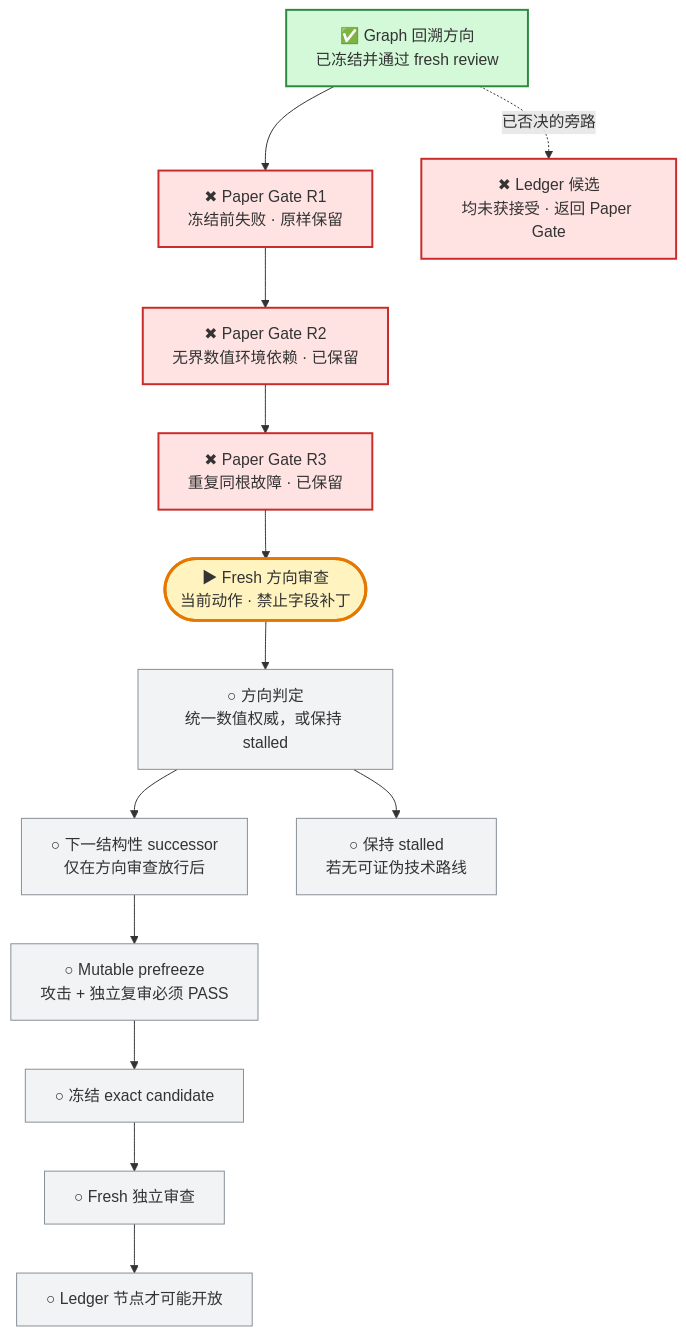
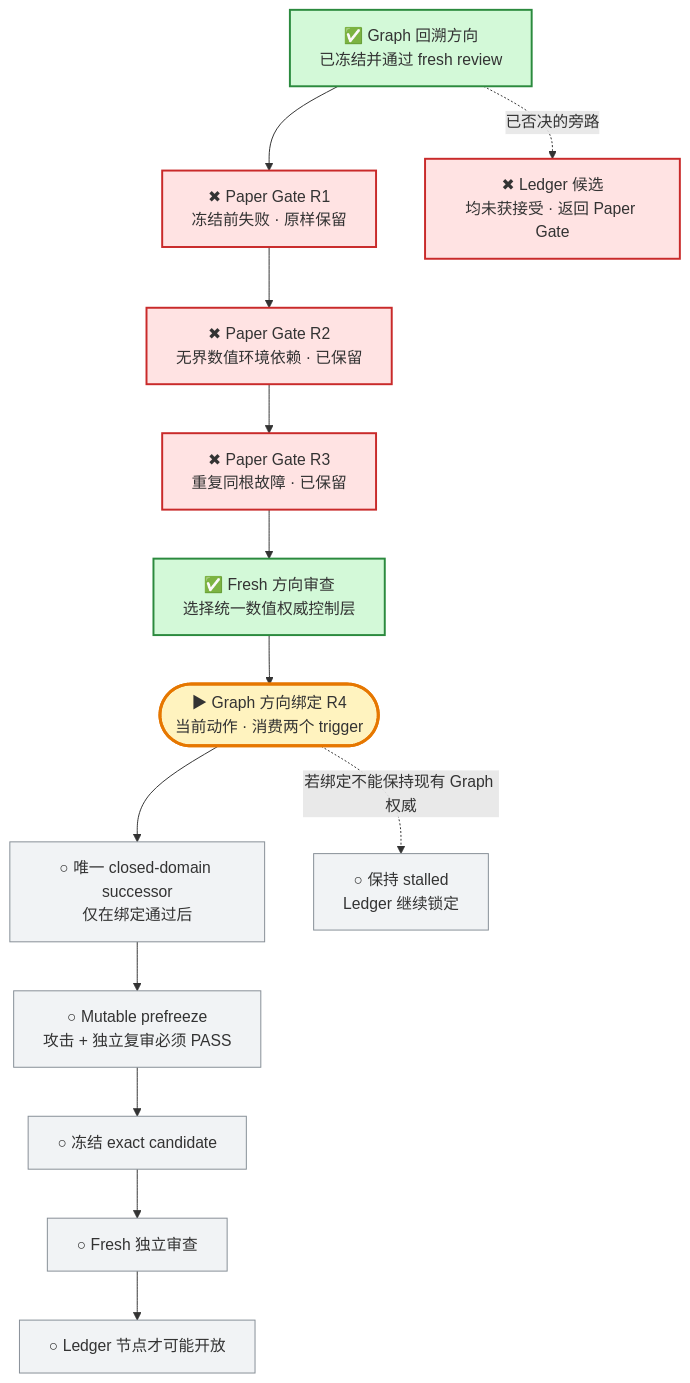
Before and after one commit to j-a-v-e-n/knowledge-vault: the first of 2 diagrams in MyBrain/automation/reports/investment-discipline-system/CURRENT_PROGRESS.md, drawn with Mermaid. The commit also changed other lines of this file, not shown here.

Commit message:
vault backup: 2026-07-30 05:19:47

````diff
--- a/MyBrain/automation/reports/investment-discipline-system/CURRENT_PROGRESS.md
+++ b/MyBrain/automation/reports/investment-discipline-system/CURRENT_PROGRESS.md
@@ -7,25 +7,26 @@
 ```mermaid
 flowchart TB
     G["✅ Graph 回溯方向<br/>已冻结并通过 fresh review"] --> R1["✖ Paper Gate R1<br/>冻结前失败 · 原样保留"]
     R1 --> R2["✖ Paper Gate R2<br/>无界数值环境依赖 · 已保留"]
     R2 --> R3["✖ Paper Gate R3<br/>重复同根故障 · 已保留"]
-    R3 --> D(["▶ Fresh 方向审查<br/>当前动作 · 禁止字段补丁"])
-    D --> Q["○ 方向判定<br/>统一数值权威，或保持 stalled"]
-    Q --> S["○ 下一结构性 successor<br/>仅在方向审查放行后"]
-    Q --> H["○ 保持 stalled<br/>若无可证伪技术路线"]
+    R3 --> D["✅ Fresh 方向审查<br/>选择统一数值权威控制层"]
+    D --> Q(["▶ Graph 方向绑定 R4<br/>当前动作 · 消费两个 trigger"])
+    Q --> S["○ 唯一 closed-domain successor<br/>仅在绑定通过后"]
+    Q -. "若绑定不能保持现有 Graph 权威" .-> H["○ 保持 stalled<br/>Ledger 继续锁定"]
     S --> P["○ Mutable prefreeze<br/>攻击 + 独立复审必须 PASS"]
     P --> F["○ 冻结 exact candidate"]
     F --> V["○ Fresh 独立审查"]
     V --> L["○ Ledger 节点才可能开放"]
 
     G -. "已否决的旁路" .-> X["✖ Ledger 候选<br/>均未获接受 · 返回 Paper Gate"]
 
     classDef done fill:#d3f9d8,stroke:#2b8a3e,stroke-width:2px;
     classDef current fill:#fff3bf,stroke:#e67700,stroke-width:3px;
     classDef failed fill:#ffe3e3,stroke:#c92a2a,stroke-width:2px;
     classDef pending fill:#f1f3f5,stroke:#868e96;
     class G done;
-    class D current;
+    class D done;
+    class Q current;
     class R1,R2,R3,X failed;
-    class Q,S,H,P,F,V,L pending;
+    class S,H,P,F,V,L pending;
 ```
````
